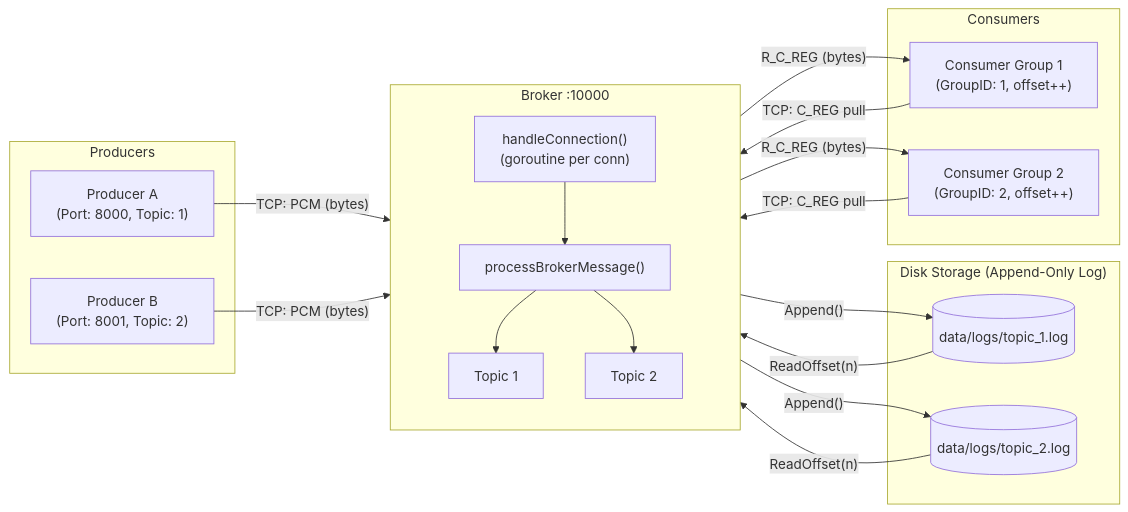
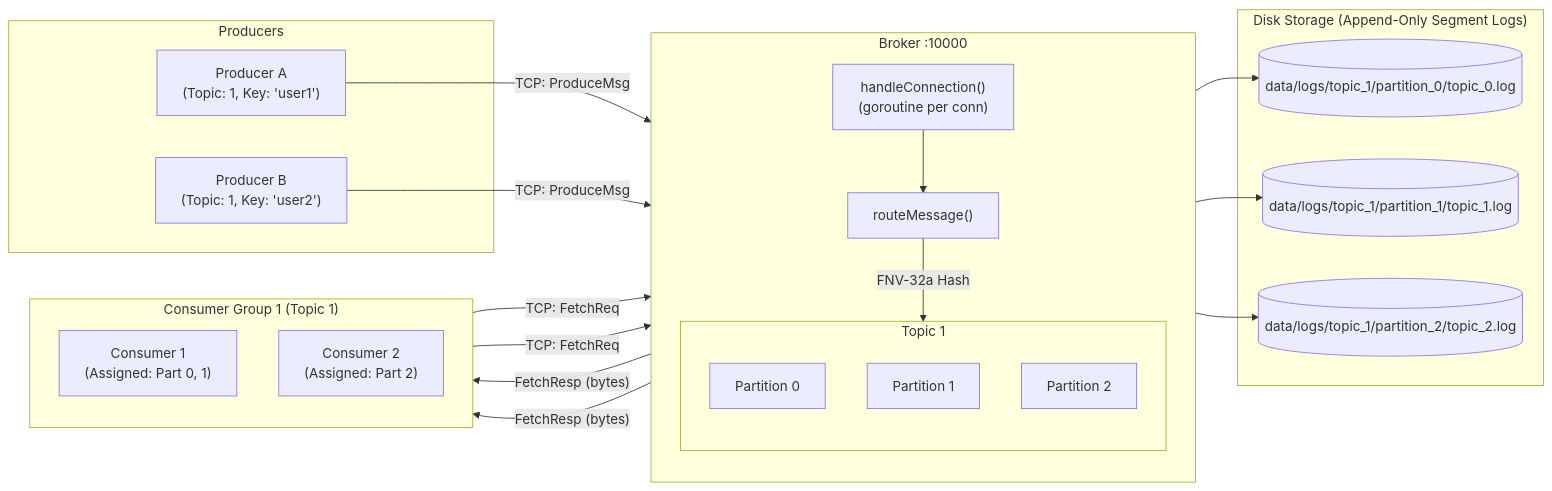
The first of 2 diagrams in README.md (EricNguyen1206/gokafk), drawn with Mermaid before and after one commit. The commit also changed other lines of this file and 10 other files, not shown here.

````diff
--- a/README.md
+++ b/README.md
@@ -7,39 +14,47 @@
 ```mermaid
 graph LR
     subgraph Producers
-        P1["Producer A\n(Port: 8000, Topic: 1)"]
-        P2["Producer B\n(Port: 8001, Topic: 2)"]
+        P1["Producer A\n(Topic: 1, Key: 'user1')"]
+        P2["Producer B\n(Topic: 1, Key: 'user2')"]
     end
 
     subgraph Broker["Broker :10000"]
         direction TB
         BH["handleConnection()\n(goroutine per conn)"]
-        BM["processBrokerMessage()"]
-        T1["Topic 1"]
-        T2["Topic 2"]
+        BM["routeMessage()"]
+        
+        subgraph T1["Topic 1"]
+            direction TB
+            Part0["Partition 0"]
+            Part1["Partition 1"]
+            Part2["Partition 2"]
+        end
+        
         BH --> BM
-        BM --> T1
-        BM --> T2
+        BM -- "FNV-32a Hash" --> T1
     end
 
-    subgraph Storage["Disk Storage (Append-Only Log)"]
-        F1[("data/logs/topic_1.log")]
-        F2[("data/logs/topic_2.log")]
+    subgraph Storage["Disk Storage (Append-Only Segment Logs)"]
+        F1[("data/logs/topic_1/partition_0/topic_0.log")]
+        F2[("data/logs/topic_1/partition_1/topic_1.log")]
+        F3[("data/logs/topic_1/partition_2/topic_2.log")]
+        Part0 --> F1
+        Part1 --> F2
+        Part2 --> F3
     end
 
-    subgraph Consumers
-        C1["Consumer Group 1\n(GroupID: 1, offset++)"]
-        C2["Consumer Group 2\n(GroupID: 2, offset++)"]
+    subgraph ConsumerGroups["Consumer Group 1 (Topic 1)"]
+        direction TB
+        C1["Consumer 1\n(Assigned: Part 0, 1)"]
+        C2["Consumer 2\n(Assigned: Part 2)"]
     end
 
-    P1 -- "TCP: PCM (bytes)" --> BH
-    P2 -- "TCP: PCM (bytes)" --> BH
-    T1 -- "Append()" --> F1
-    T2 -- "Append()" --> F2
-    F1 -- "ReadOffset(n)" --> T1
-    F2 -- "ReadOffset(n)" --> T2
-    C1 -- "TCP: C_REG pull" --> BH
-    C2 -- "TCP: C_REG pull" --> BH
-    BM -- "R_C_REG (bytes)" --> C1
-    BM -- "R_C_REG (bytes)" --> C2
+    P1 -- "TCP: ProduceMsg" --> BH
+    P2 -- "TCP: ProduceMsg" --> BH
+    
+    C1 -- "TCP: FetchReq" --> BH
+    C2 -- "TCP: FetchReq" --> BH
+    
+    BM -- "FetchResp (bytes)" --> C1
+    BM -- "FetchResp (bytes)" --> C2
 ```
````
